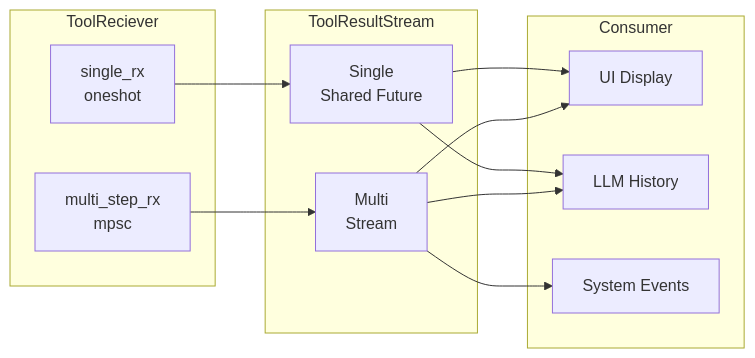
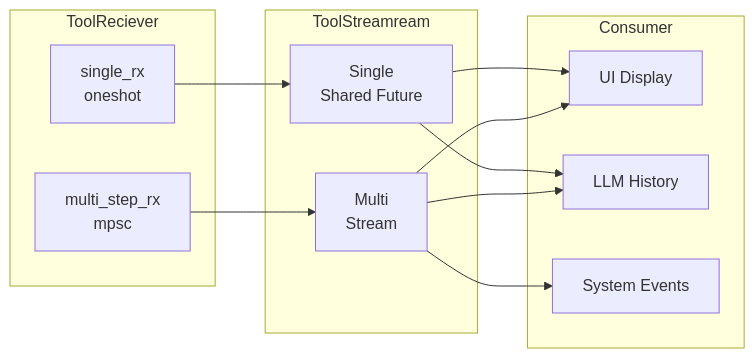
The ninth of 11 diagrams in docs/guides/runtime.md (aomi-labs/product-mono), drawn with Mermaid before and after one commit. The commit also changed other lines of this file and 32 other files, not shown here.

````diff
--- a/docs/guides/runtime.md
+++ b/docs/guides/runtime.md
@@ -350,28 +350,28 @@
 ```mermaid
 flowchart LR
     subgraph "ToolReciever"
         SINGLE_RX[single_rx<br/>oneshot]
         MULTI_RX[multi_step_rx<br/>mpsc]
     end
 
-    subgraph "ToolResultStream"
+    subgraph "ToolStreamream"
         SINGLE_S[Single<br/>Shared Future]
         MULTI_S[Multi<br/>Stream]
     end
 
     subgraph "Consumer"
         UI[UI Display]
         LLM[LLM History]
         SYS[System Events]
     end
 
     SINGLE_RX --> SINGLE_S
     MULTI_RX --> MULTI_S
 
     SINGLE_S --> UI
     SINGLE_S --> LLM
 
     MULTI_S --> UI
     MULTI_S --> LLM
     MULTI_S --> SYS
 ```
````
